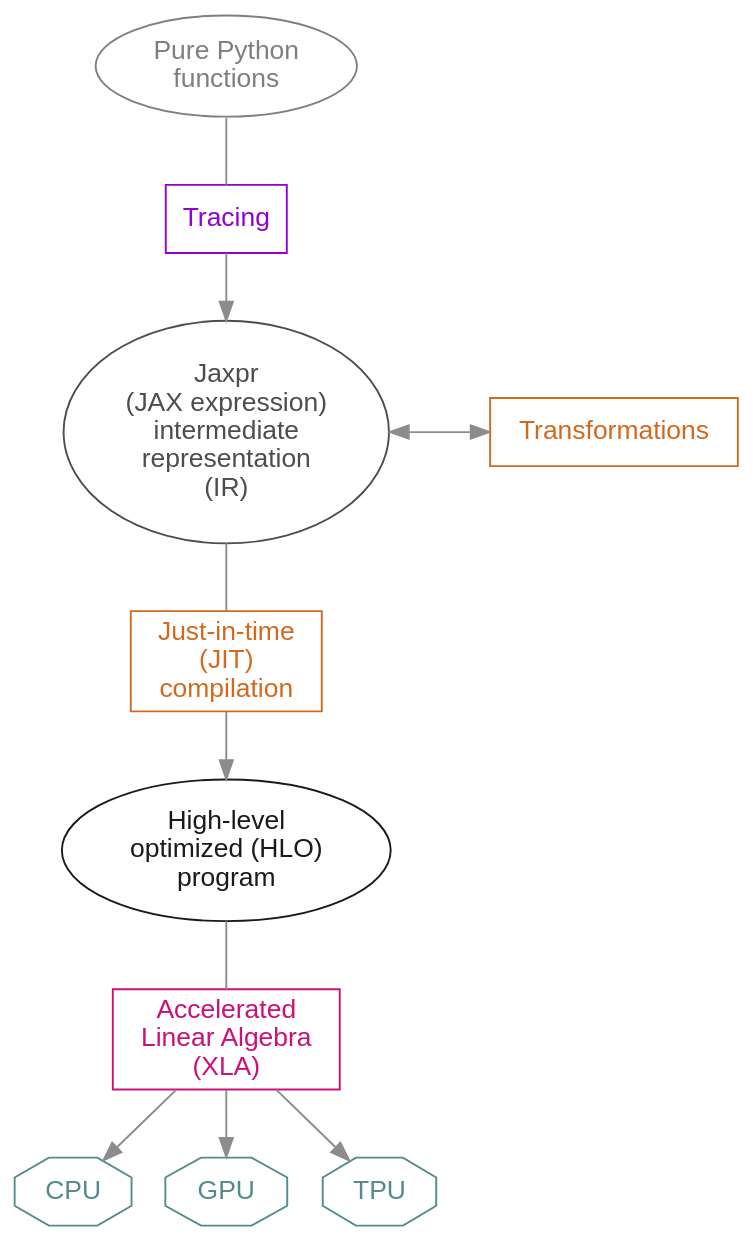
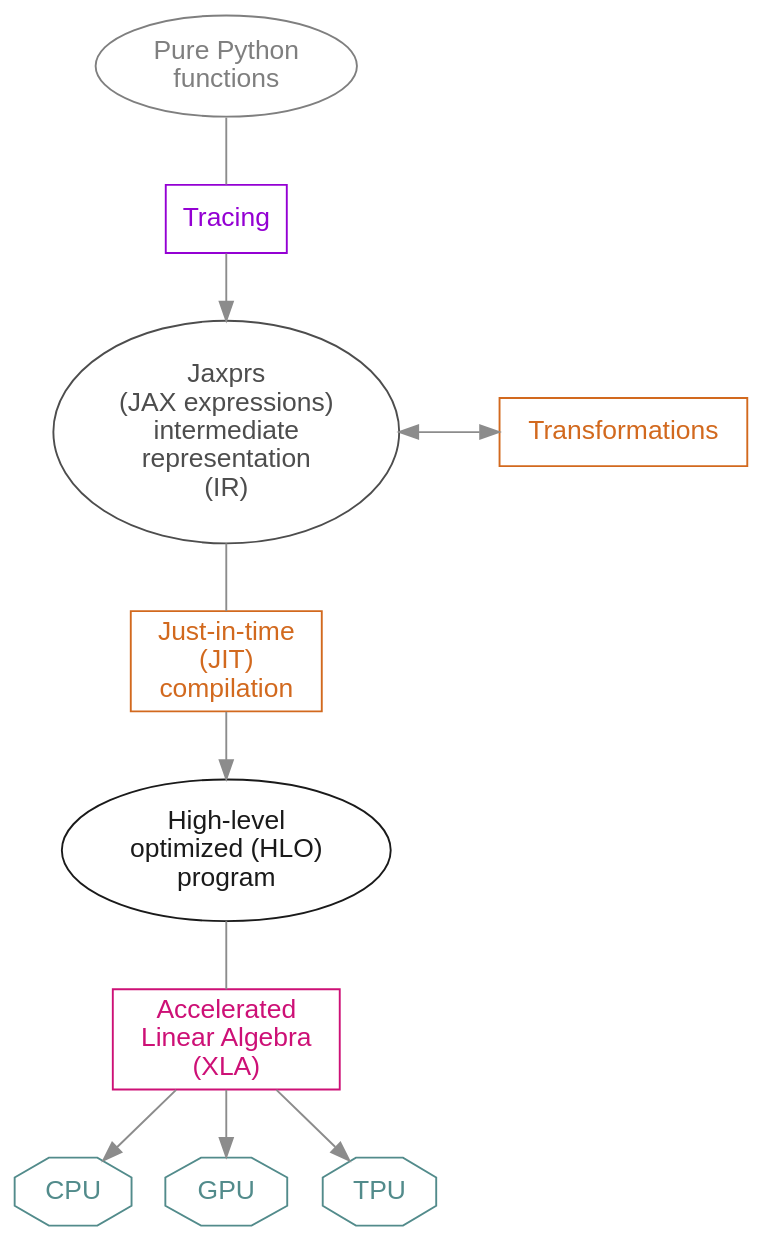
Before and after one commit to WestDRI/arc-training: the diagram in ai/jx_map.qmd, drawn with Graphviz.

Commit message:
minor edit jax map

````diff
--- a/ai/jx_map.qmd
+++ b/ai/jx_map.qmd
@@ -16,40 +16,40 @@
 ```{dot}
 //| echo: false
 //| fig-height: 800px
 
 strict digraph {
 
 bgcolor="transparent"
 node [fontname="Inconsolata, sans-serif"]
 edge [color=gray55]
 
 tracer  [label=Tracing, shape=rectangle, color=darkviolet, fontcolor=darkviolet]
 jit [label=" Just-in-time \n(JIT)\ncompilation", shape=rectangle, color=chocolate, fontcolor=chocolate]
 xla [label="Accelerated\n Linear Algebra \n(XLA)", shape=rectangle, color=deeppink3, fontcolor=deeppink3]
 transform [label=" Transformations ", shape=rectangle, color=chocolate, fontcolor=chocolate]
 
 CPU [shape=octagon, color=darkslategray4, fontcolor=darkslategray4]
 GPU [shape=octagon, color=darkslategray4, fontcolor=darkslategray4]
 TPU [shape=octagon, color=darkslategray4, fontcolor=darkslategray4]
 
 
 py [label="Pure Python\nfunctions", color=gray50, fontcolor=gray50]
-jaxpr [label="Jaxpr\n(JAX expression)\nintermediate\nrepresentation\n(IR)", color=gray30, fontcolor=gray30]
+jaxpr [label="Jaxprs\n(JAX expressions)\nintermediate\nrepresentation\n(IR)", color=gray30, fontcolor=gray30]
 hlo [label="High-level\noptimized (HLO)\nprogram", color=gray10, fontcolor=gray10]
 
 py -> tracer [dir=none]
 tracer -> jaxpr
 jaxpr -> jit [dir=none]
 jit -> hlo
 hlo -> xla [dir=none]
 
 xla -> CPU [shape=doubleoctagon]
 xla -> GPU
 xla -> TPU
 
 jaxpr -> transform [dir=both, minlen=3]
 
 {rank=same; jaxpr transform}
 
 }
 ```
````
